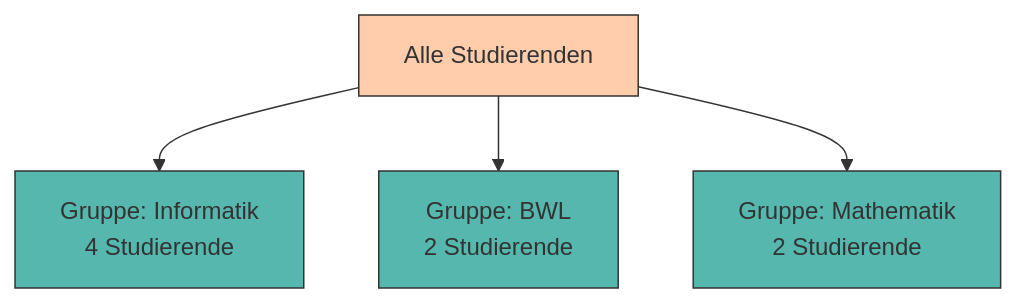
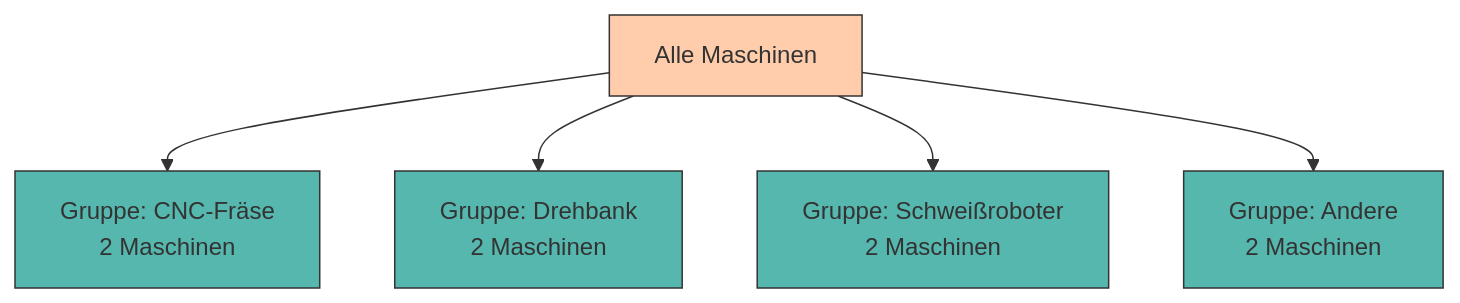
The diagram in docs/database/abfragen.md (mciwing/data-campus), drawn with Mermaid before and after one commit. The commit also changed other lines of this file and 9 other files, not shown here.

````diff
--- a/docs/database/abfragen.md
+++ b/docs/database/abfragen.md
@@ -449,9 +448,10 @@
 ```mermaid
 graph TD
-    A[Alle Studierenden]:::peach --> B[Gruppe: Informatik<br>4 Studierende]:::teal
-    A --> C[Gruppe: BWL<br>2 Studierende]:::teal
-    A --> D[Gruppe: Mathematik<br>2 Studierende]:::teal
+    A[Alle Maschinen]:::peach --> B[Gruppe: CNC-Fräse<br>2 Maschinen]:::teal
+    A --> C[Gruppe: Drehbank<br>2 Maschinen]:::teal
+    A --> D[Gruppe: Schweißroboter<br>2 Maschinen]:::teal
+    A --> E[Gruppe: Andere<br>2 Maschinen]:::teal
 
     classDef peach fill:#FFB482aa,stroke:#333,stroke-width:1px;
     classDef teal fill:#009485aa,stroke:#333,stroke-width:1px;
 ```
````
